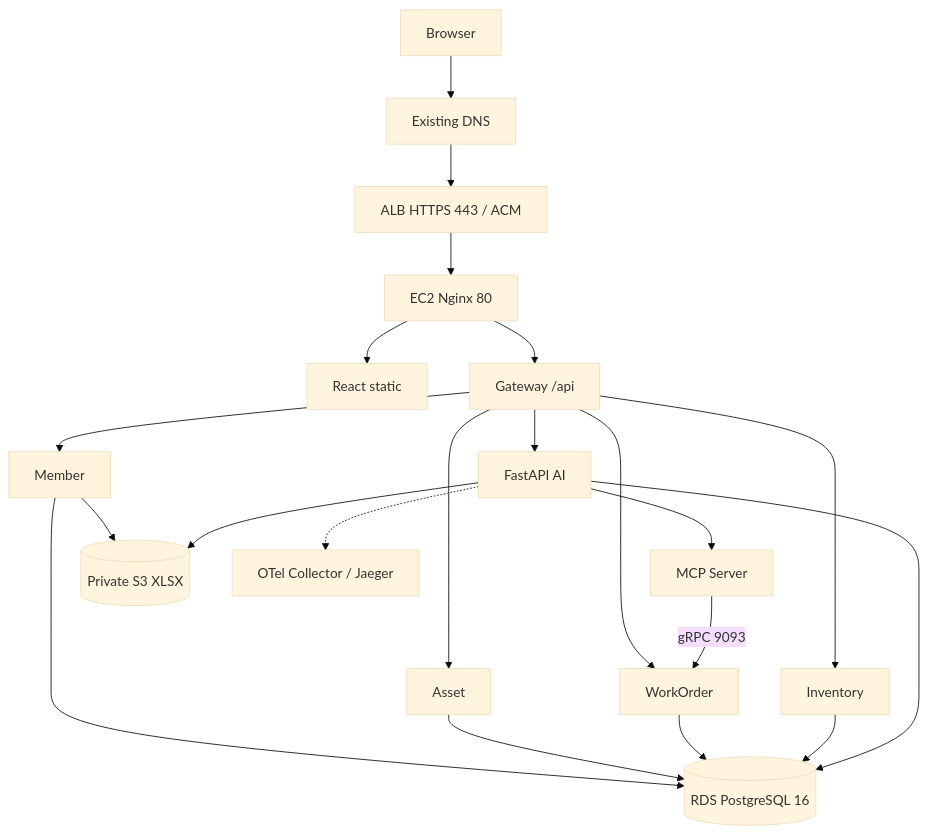
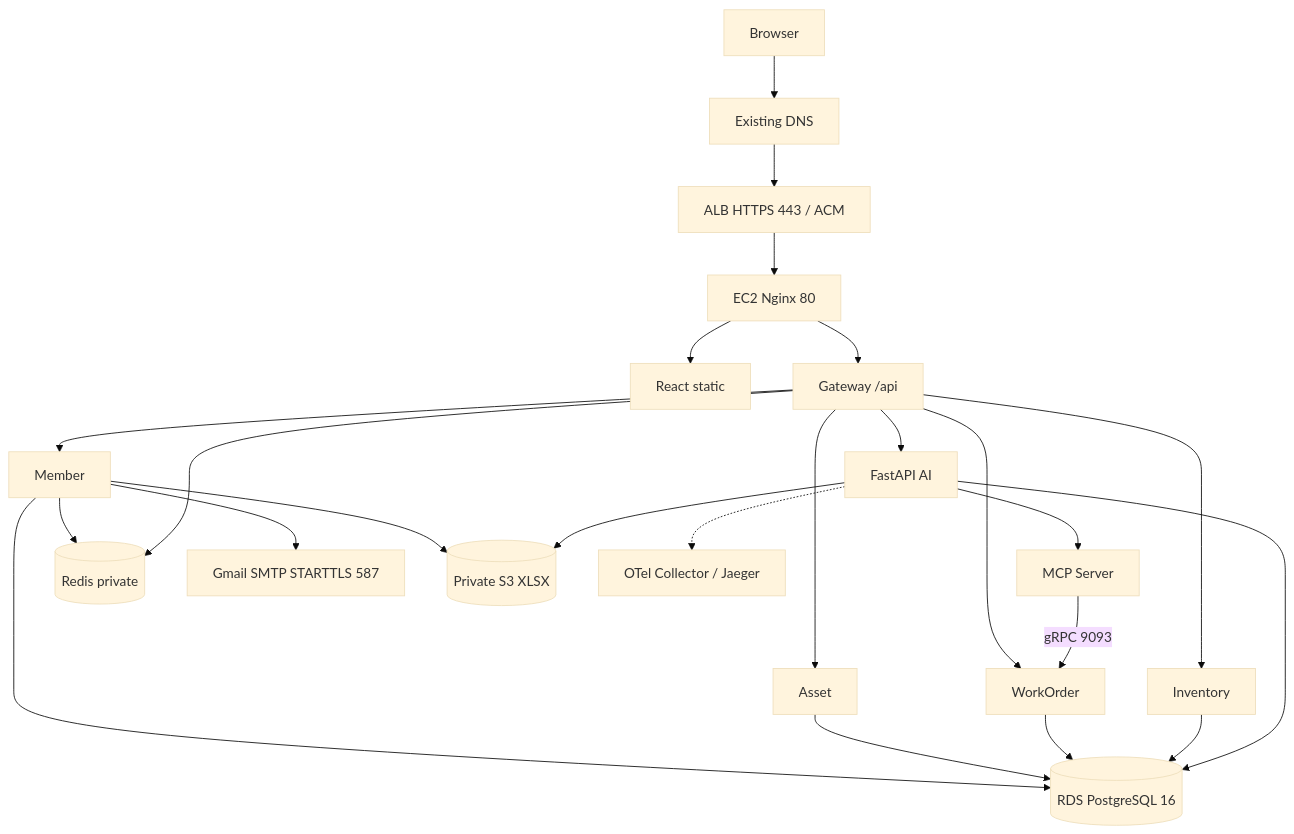
One commit to OZA-bot-droid/fixops changed the diagram in docs/07_FixOps_AWS_배포_테스트_운영_v1.0.md. Above: the diagram before and after it, drawn with Mermaid (base theme). The commit also changed other lines of this file and 123 other files, not shown here.

````diff
--- a/docs/07_FixOps_AWS_배포_테스트_운영_v1.0.md
+++ b/docs/07_FixOps_AWS_배포_테스트_운영_v1.0.md
@@ -17,23 +17,26 @@
 ```mermaid
 flowchart TB
  U[Browser] --> DNS[Existing DNS]
  DNS --> ALB[ALB HTTPS 443 / ACM]
  ALB --> N[EC2 Nginx 80]
  N --> FE[React static]
  N --> GW[Gateway /api]
  GW --> ME[Member]
  GW --> AS[Asset]
  GW --> WO[WorkOrder]
  GW --> IV[Inventory]
  GW --> AI[FastAPI AI]
  AI --> MCP[MCP Server]
  MCP -->|gRPC 9093| WO
  ME --> DB[(RDS PostgreSQL 16)]
+ ME --> RS[(Redis private)]
+ GW --> RS
+ ME --> SMTP[Gmail SMTP STARTTLS 587]
  AS --> DB
  WO --> DB
  IV --> DB
  AI --> DB
  ME --> S3[(Private S3 XLSX)]
  AI --> S3
  AI -.-> O[OTel Collector / Jaeger]
 ```
````
